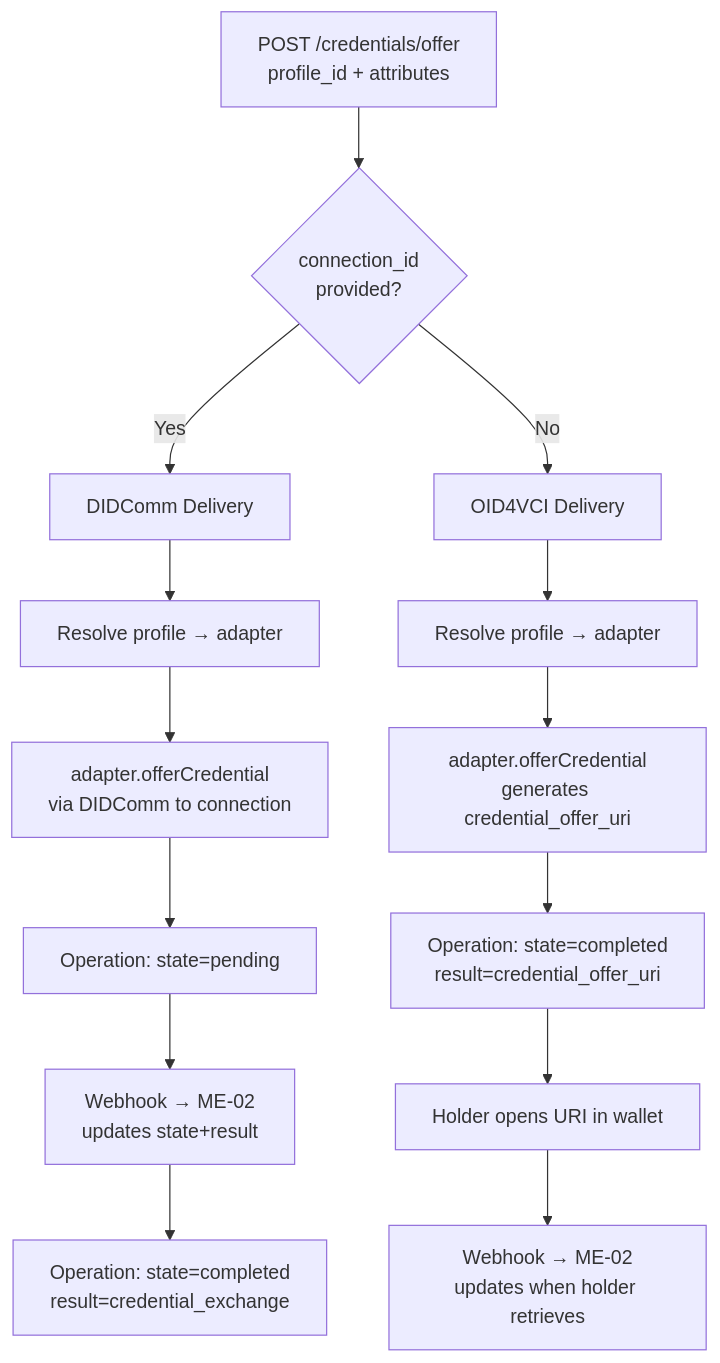
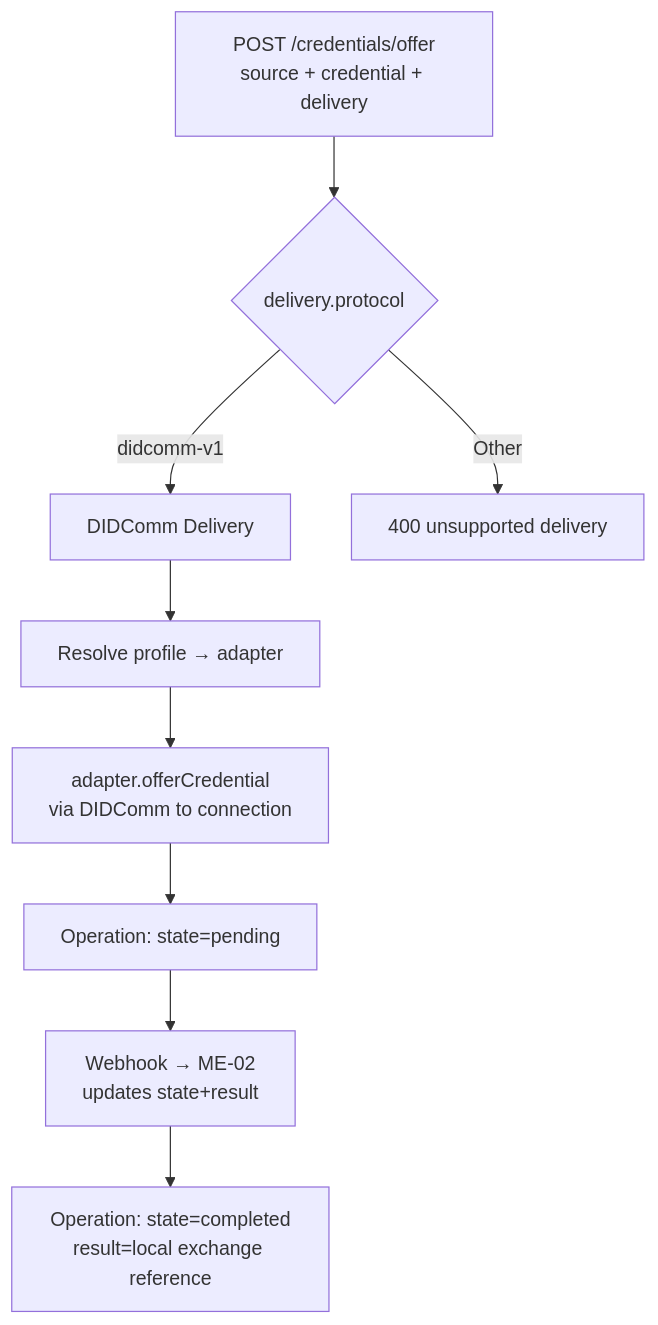
Before and after one commit to bcgov/digital-trust-common-service: the sixth of 22 diagrams in docs/ARCHITECTURE.md, drawn with Mermaid. The commit also changed other lines of this file and 92 other files, not shown here.

First line of the commit message:
feat(credential): snapshot issuer offer and exchange implementation

````diff
--- a/docs/ARCHITECTURE.md
+++ b/docs/ARCHITECTURE.md
@@ -479,20 +479,15 @@
 ```mermaid
 flowchart TD
-    REQ[POST /credentials/offer<br/>profile_id + attributes]
-    REQ --> CHECK{connection_id<br/>provided?}
+    REQ[POST /credentials/offer<br/>source + credential + delivery]
+    REQ --> CHECK{delivery.protocol}
 
-    CHECK -->|Yes| DIDCOMM[DIDComm Delivery]
-    CHECK -->|No| OID4VCI[OID4VCI Delivery]
+    CHECK -->|didcomm-v1| DIDCOMM[DIDComm Delivery]
+    CHECK -->|Other| UNSUPPORTED[400 unsupported delivery]
 
     DIDCOMM --> RESOLVE1[Resolve profile → adapter]
     RESOLVE1 --> SEND[adapter.offerCredential<br/>via DIDComm to connection]
     SEND --> OP1[Operation: state=pending]
     OP1 --> WH[Webhook → ME-02<br/>updates state+result]
-    WH --> DONE1[Operation: state=completed<br/>result=credential_exchange]
+    WH --> DONE1[Operation: state=completed<br/>result=local exchange reference]
 
-    OID4VCI --> RESOLVE2[Resolve profile → adapter]
-    RESOLVE2 --> GEN[adapter.offerCredential<br/>generates credential_offer_uri]
-    GEN --> OP2[Operation: state=completed<br/>result=credential_offer_uri]
-    OP2 --> HOLDER[Holder opens URI in wallet]
-    HOLDER --> WH2[Webhook → ME-02<br/>updates when holder retrieves]
 ```
````
